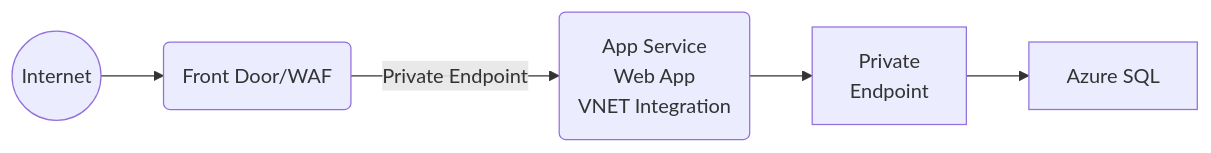
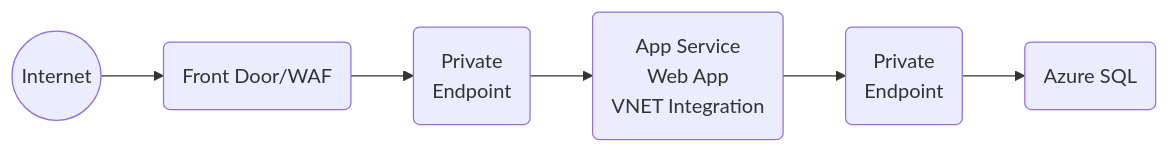
The fifth of 7 diagrams in README.md (msalemor/app-services-networking), drawn with Mermaid before and after one commit. The commit also changed other lines of this file, not shown here.

````diff
--- a/README.md
+++ b/README.md
@@ -106,7 +106,8 @@
 ```mermaid
 graph LR;
     A((Internet))-->B(Front Door/WAF);
-    B-- Private Endpoint -->C(App Service<br/>Web App<br/>VNET Integration);
-    C-->D[Private<br/>Endpoint];
-    D-->E[Azure SQL]    
+    B-->C(Private<br/>Endpoint);
+    C-->D(App Service<br/>Web App<br/>VNET Integration);
+    D-->E(Private<br/>Endpoint);
+    E-->F(Azure SQL);    
 ```
````
